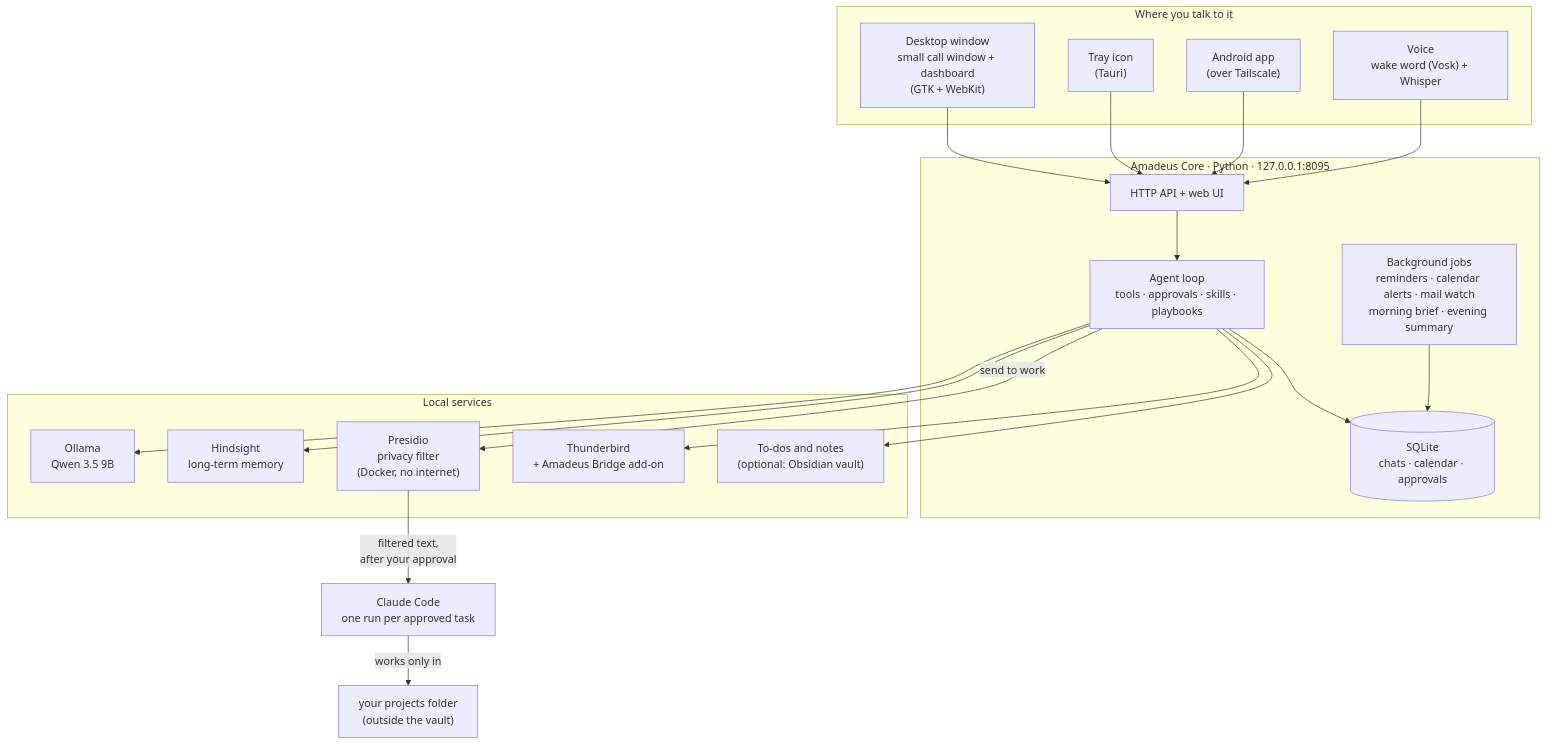
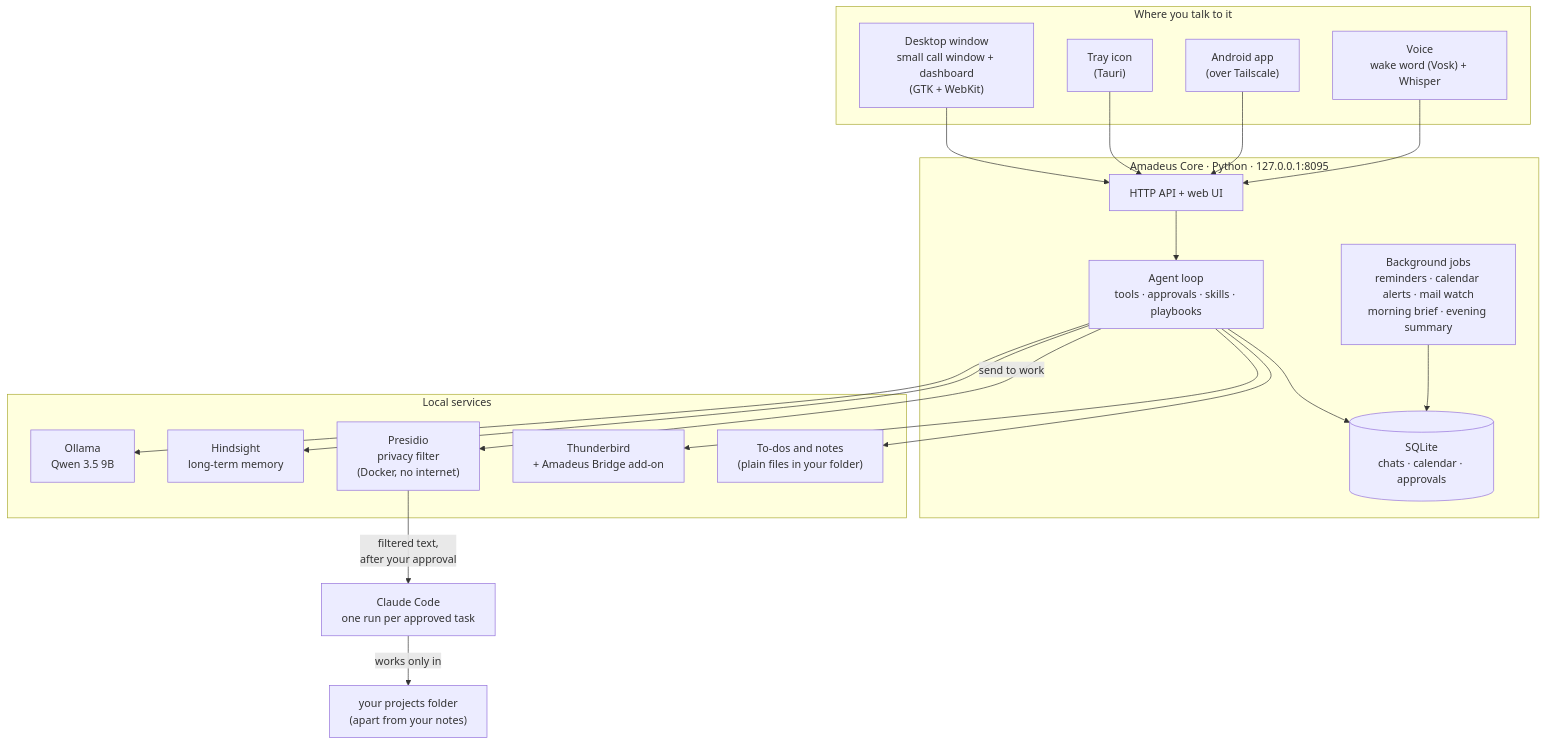
One commit to IAbrahamI/Amadeus changed the first of 4 diagrams in docs/ARCHITECTURE.md. Above: the diagram before and after it, drawn with Mermaid. The commit also changed other lines of this file and 37 other files, not shown here.

First line of the commit message:
One folder of plain files instead of the Obsidian connector

````diff
--- a/docs/ARCHITECTURE.md
+++ b/docs/ARCHITECTURE.md
@@ -12,38 +12,38 @@
 ```mermaid
 flowchart TB
     subgraph clients ["Where you talk to it"]
       win["Desktop window<br/>small call window + dashboard<br/>(GTK + WebKit)"]
       tray["Tray icon<br/>(Tauri)"]
       phone["Android app<br/>(over Tailscale)"]
       voice["Voice<br/>wake word (Vosk) + Whisper"]
     end
 
     subgraph core ["Amadeus Core · Python · 127.0.0.1:8095"]
       server["HTTP API + web UI"]
       agent["Agent loop<br/>tools · approvals · skills · playbooks"]
       bg["Background jobs<br/>reminders · calendar alerts · mail watch<br/>morning brief · evening summary"]
       db[("SQLite<br/>chats · calendar · approvals")]
     end
 
     subgraph local ["Local services"]
       ollama["Ollama<br/>Qwen 3.5 9B"]
       hindsight["Hindsight<br/>long-term memory"]
       presidio["Presidio<br/>privacy filter<br/>(Docker, no internet)"]
       tb["Thunderbird<br/>+ Amadeus Bridge add-on"]
-      vault["To-dos and notes<br/>(optional: Obsidian vault)"]
+      vault["To-dos and notes<br/>(plain files in your folder)"]
     end
 
     cc["Claude Code<br/>one run per approved task"]
 
     win & tray & phone & voice --> server
     server --> agent
     agent --> db
     bg --> db
     agent --> ollama
     agent --> hindsight
     agent --> tb
     agent --> vault
     agent -- "send to work" --> presidio
     presidio -- "filtered text,<br/>after your approval" --> cc
-    cc -- "works only in" --> projects["your projects folder<br/>(outside the vault)"]
+    cc -- "works only in" --> projects["your projects folder<br/>(apart from your notes)"]
 ```
````
